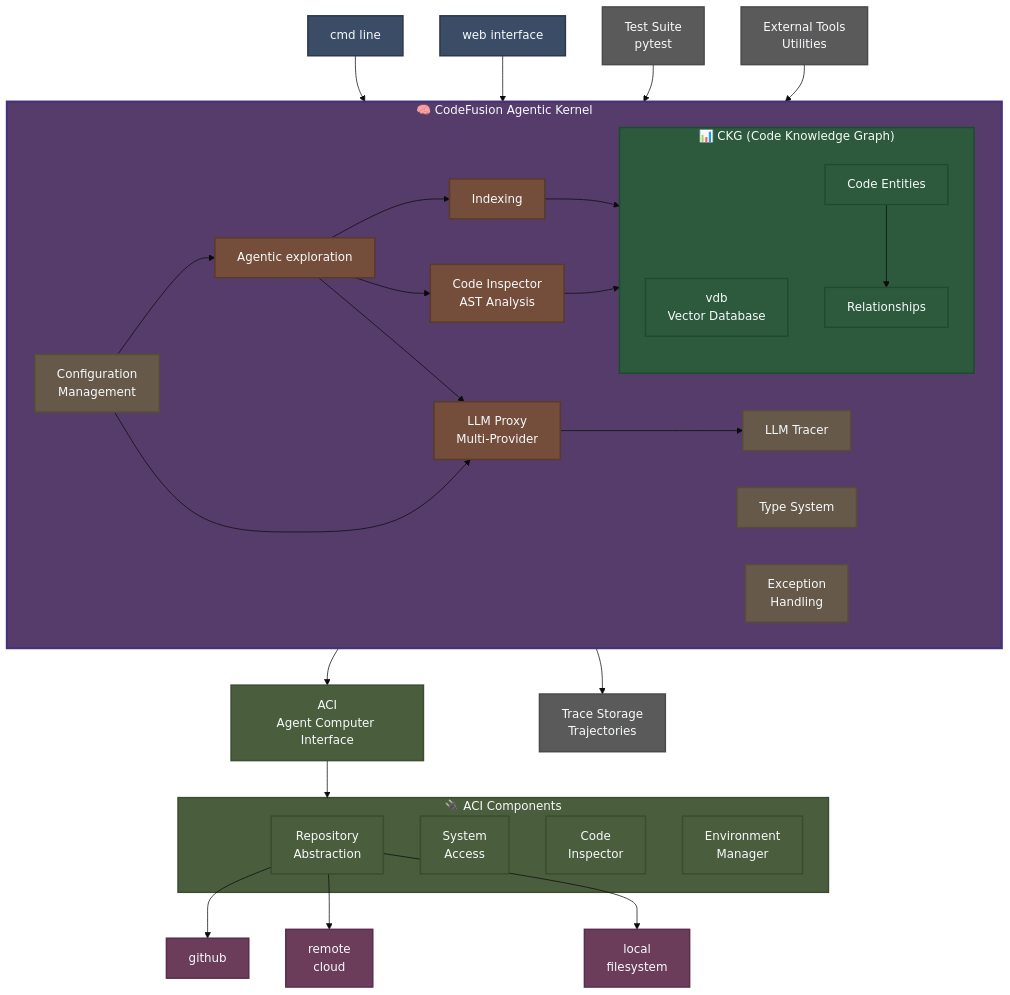
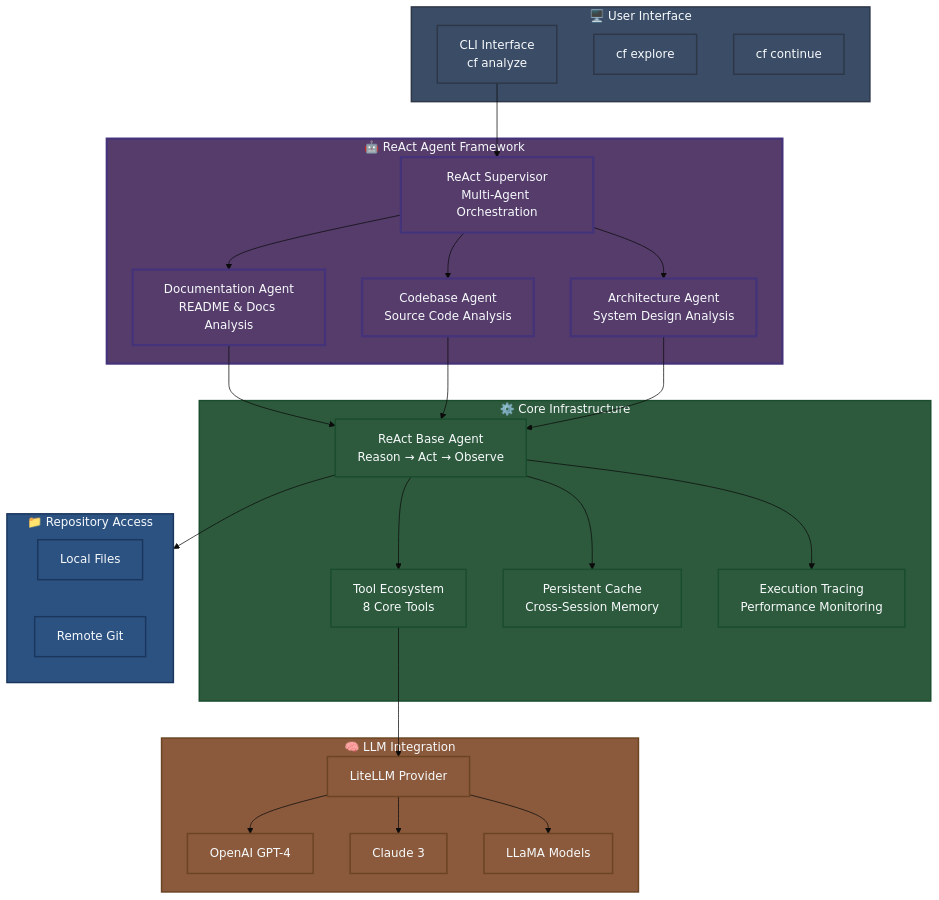
The first of 2 diagrams in README.md (CodeFusionAgent/codefusion), drawn with Mermaid (base theme) before and after one commit. The commit also changed other lines of this file and 81 other files, not shown here.

Commit message:
Update with ReAct Framework

````diff
--- a/README.md
+++ b/README.md
@@ -7,99 +7,73 @@
 ```mermaid
 graph TB
-    %% User Interfaces
-    CLI[cmd line]
-    WEB[web interface]
-    
-    %% CodeFusion Agentic Kernel (Main Container)
-    subgraph KERNEL ["🧠 CodeFusion Agentic Kernel"]
-        %% Core Agentic Components
-        EXPLORATION[Agentic exploration]
-        INDEXING[Indexing]
-        INSPECTOR[Code Inspector<br/>AST Analysis]
-        
-        %% Knowledge Graph System
-        subgraph CKG ["📊 CKG (Code Knowledge Graph)"]
-            VDB[vdb<br/>Vector Database]
-            ENTITIES[Code Entities]
-            RELATIONS[Relationships]
-        end
-        
-        %% LLM Integration
-        LLM[LLM Proxy<br/>Multi-Provider]
-        TRACER[LLM Tracer]
-        
-        %% Support Systems
-        CONFIG[Configuration<br/>Management]
-        TYPES[Type System]
-        EXCEPTIONS[Exception<br/>Handling]
-        
-        %% Connections within kernel
-        EXPLORATION --> INDEXING
-        EXPLORATION --> INSPECTOR
-        INDEXING --> CKG
-        INSPECTOR --> CKG
-        EXPLORATION --> LLM
-        LLM --> TRACER
-        CONFIG --> EXPLORATION
-        CONFIG --> LLM
-        
-        ENTITIES --> RELATIONS
+    %% User Interface Layer
+    subgraph UI ["🖥️ User Interface"]
+        CLI[CLI Interface<br/>cf analyze]
+        EXPLORE[cf explore]
+        CONTINUE[cf continue]
     end
     
-    %% Agent Computer Interface
-    ACI[ACI<br/>Agent Computer Interface]
-    
-    %% ACI Components
-    subgraph ACI_COMPONENTS ["🔌 ACI Components"]
-        REPO[Repository<br/>Abstraction]
-        SYSACCESS[System<br/>Access]
-        CODEINSP[Code<br/>Inspector]
-        ENVMGR[Environment<br/>Manager]
+    %% ReAct Agent Layer
+    subgraph REACT ["🤖 ReAct Agent Framework"]
+        SUPERVISOR[ReAct Supervisor<br/>Multi-Agent Orchestration]
+        DOC_AGENT[Documentation Agent<br/>README & Docs Analysis]
+        CODE_AGENT[Codebase Agent<br/>Source Code Analysis]
+        ARCH_AGENT[Architecture Agent<br/>System Design Analysis]
     end
     
-    %% External Sources
-    GITHUB[github]
-    REMOTE[remote<br/>cloud] 
-    LOCAL[local<br/>filesystem]
+    %% Core Infrastructure
+    subgraph CORE ["⚙️ Core Infrastructure"]
+        REACT_BASE[ReAct Base Agent<br/>Reason → Act → Observe]
+        TOOLS[Tool Ecosystem<br/>8 Core Tools]
+        CACHE[Persistent Cache<br/>Cross-Session Memory]
+        TRACE[Execution Tracing<br/>Performance Monitoring]
+    end
     
-    %% Supporting Infrastructure
-    TESTS[Test Suite<br/>pytest]
-    TRACE[Trace Storage<br/>Trajectories]
-    TOOLS[External Tools<br/>Utilities]
+    %% LLM Integration
+    subgraph LLM ["🧠 LLM Integration"]
+        LITELLM[LiteLLM Provider]
+        OPENAI[OpenAI GPT-4]
+        ANTHROPIC[Claude 3]
+        LLAMA[LLaMA Models]
+    end
     
-    %% User Interface Connections
-    CLI --> KERNEL
-    WEB --> KERNEL
+    %% Repository Interface
+    subgraph REPO ["📁 Repository Access"]
+        LOCAL[Local Files]
+        REMOTE[Remote Git]
+    end
     
-    %% ACI Connections
-    KERNEL --> ACI
-    ACI --> ACI_COMPONENTS
-    REPO --> GITHUB
-    REPO --> REMOTE
-    REPO --> LOCAL
+    %% Connections
+    CLI --> SUPERVISOR
+    SUPERVISOR --> DOC_AGENT
+    SUPERVISOR --> CODE_AGENT
+    SUPERVISOR --> ARCH_AGENT
     
-    %% Infrastructure Connections
-    KERNEL --> TRACE
-    TESTS --> KERNEL
-    TOOLS --> KERNEL
+    DOC_AGENT --> REACT_BASE
+    CODE_AGENT --> REACT_BASE
+    ARCH_AGENT --> REACT_BASE
     
-    %% Balanced Professional Color Styling
-    classDef userInterface fill:#3b4d66,stroke:#2d3748,stroke-width:2px,color:#f7fafc
-    classDef kernel fill:#553c6b,stroke:#44337a,stroke-width:3px,color:#f7fafc
-    classDef coreComponent fill:#744e3a,stroke:#5a3a2a,stroke-width:2px,color:#f7fafc
-    classDef knowledge fill:#2d5a3d,stroke:#1a4d2e,stroke-width:2px,color:#f7fafc
-    classDef external fill:#6b3d5a,stroke:#5a2d4a,stroke-width:2px,color:#f7fafc
-    classDef aci fill:#4a5d3d,stroke:#3a4d2e,stroke-width:2px,color:#f7fafc
-    classDef infrastructure fill:#5a5a5a,stroke:#4a4a4a,stroke-width:2px,color:#f7fafc
-    classDef support fill:#66594a,stroke:#5a4a3a,stroke-width:2px,color:#f7fafc
+    REACT_BASE --> TOOLS
+    REACT_BASE --> CACHE
+    REACT_BASE --> TRACE
     
-    class CLI,WEB userInterface
-    class KERNEL kernel
-    class EXPLORATION,INDEXING,INSPECTOR,LLM coreComponent
-    class CKG,VDB,ENTITIES,RELATIONS knowledge
-    class GITHUB,REMOTE,LOCAL external
-    class ACI,ACI_COMPONENTS aci
-    class REPO,SYSACCESS,CODEINSP,ENVMGR aci
-    class TESTS,TRACE,TOOLS infrastructure
-    class CONFIG,TYPES,EXCEPTIONS,TRACER support
+    TOOLS --> LITELLM
+    LITELLM --> OPENAI
+    LITELLM --> ANTHROPIC
+    LITELLM --> LLAMA
+    
+    REACT_BASE --> REPO
+    
+    %% Styling
+    classDef ui fill:#3b4d66,stroke:#2d3748,stroke-width:2px,color:#f7fafc
+    classDef react fill:#553c6b,stroke:#44337a,stroke-width:3px,color:#f7fafc
+    classDef core fill:#2d5a3d,stroke:#1a4d2e,stroke-width:2px,color:#f7fafc
+    classDef llm fill:#8b5a3c,stroke:#6b4423,stroke-width:2px,color:#f7fafc
+    classDef repo fill:#2c5282,stroke:#1a365d,stroke-width:2px,color:#f7fafc
+    
+    class UI,CLI,EXPLORE,CONTINUE ui
+    class REACT,SUPERVISOR,DOC_AGENT,CODE_AGENT,ARCH_AGENT react
+    class CORE,REACT_BASE,TOOLS,CACHE,TRACE core
+    class LLM,LITELLM,OPENAI,ANTHROPIC,LLAMA llm
+    class REPO,LOCAL,REMOTE repo
 ```
````
